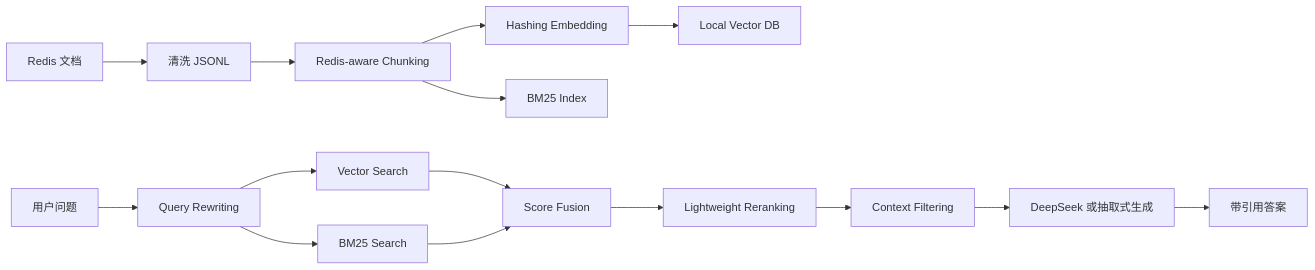
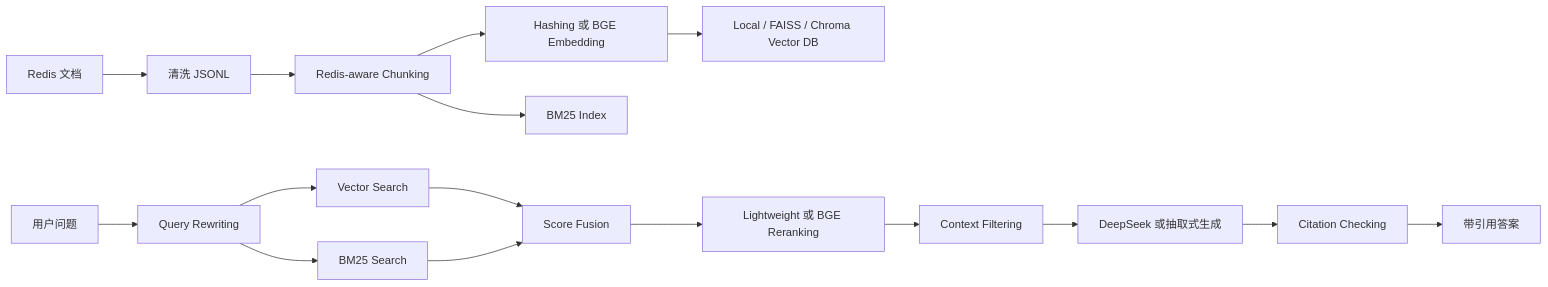
The diagram in README.md (Sun-bi/nlp), drawn with Mermaid before and after one commit. The commit also changed other lines of this file and 40 other files, not shown here.

````diff
--- a/README.md
+++ b/README.md
@@ -275,17 +328,18 @@
 ```mermaid
 flowchart LR
     A[Redis 文档] --> B[清洗 JSONL]
     B --> C[Redis-aware Chunking]
-    C --> D[Hashing Embedding]
+    C --> D[Hashing 或 BGE Embedding]
     C --> E[BM25 Index]
-    D --> F[Local Vector DB]
+    D --> F[Local / FAISS / Chroma Vector DB]
     G[用户问题] --> H[Query Rewriting]
     H --> I[Vector Search]
     H --> J[BM25 Search]
     I --> K[Score Fusion]
     J --> K
-    K --> L[Lightweight Reranking]
+    K --> L[Lightweight 或 BGE Reranking]
     L --> M[Context Filtering]
     M --> N[DeepSeek 或抽取式生成]
-    N --> O[带引用答案]
+    N --> O[Citation Checking]
+    O --> P[带引用答案]
 ```
````
